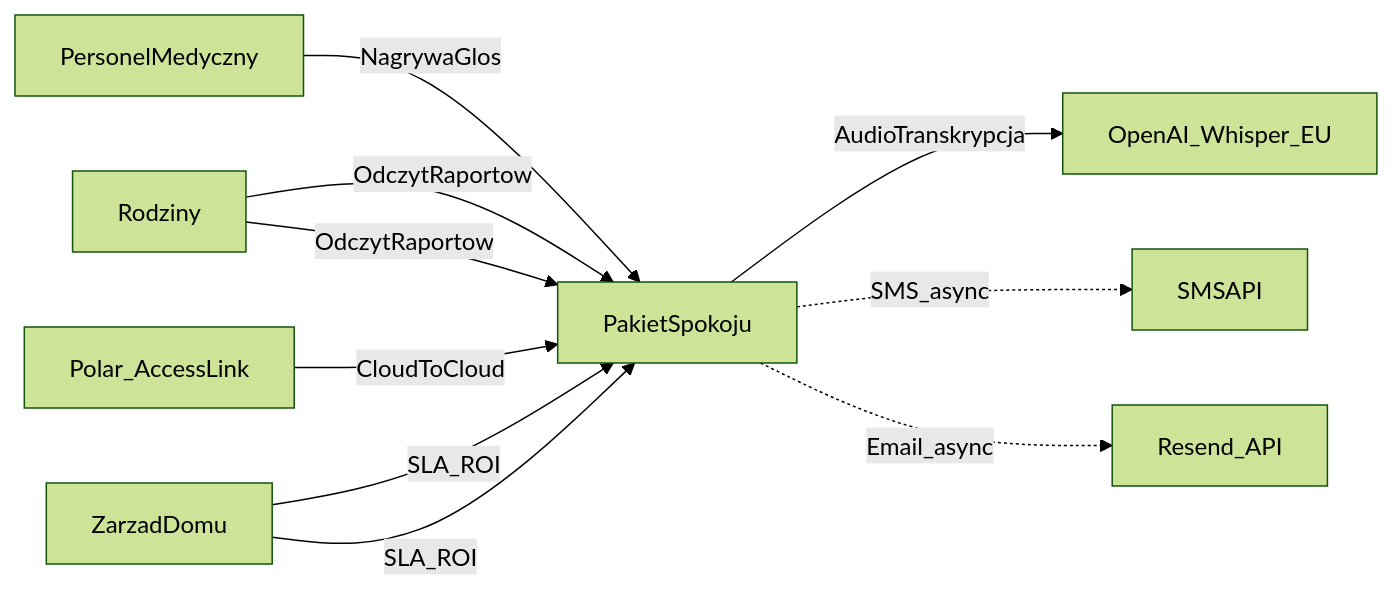
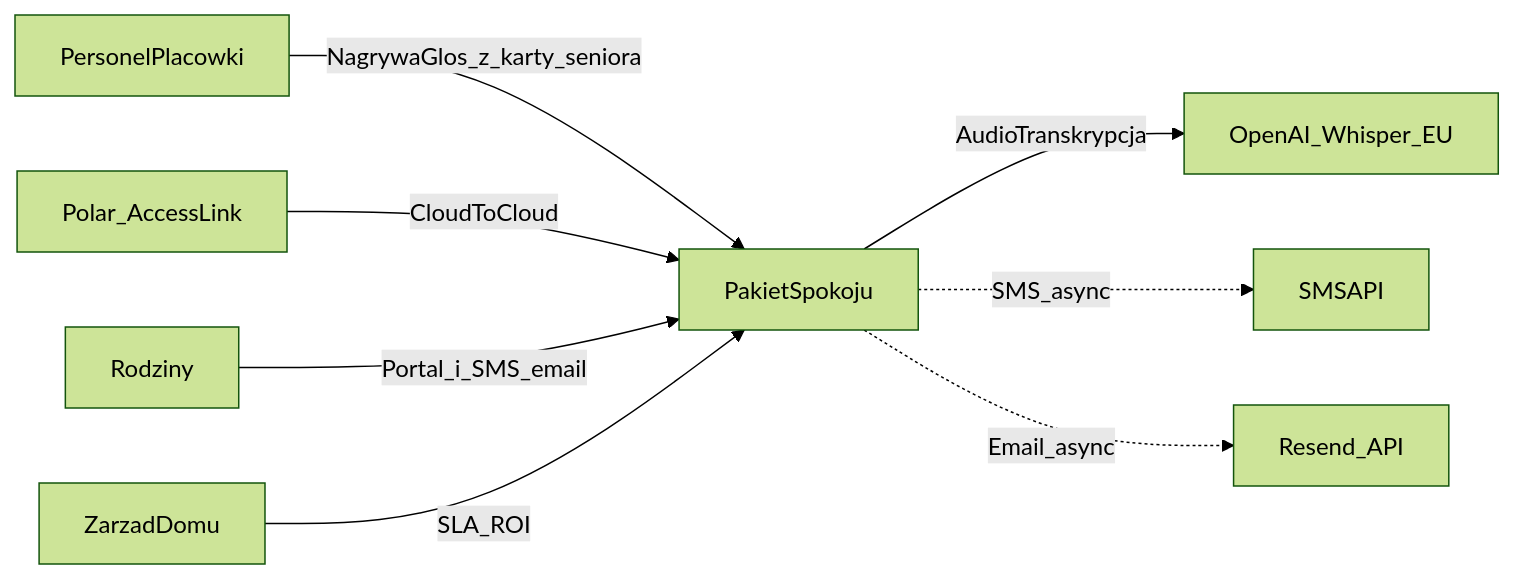
The first of 4 diagrams in docs/HLD.md (darkov89/smart-senior), drawn with Mermaid (forest theme) before and after one commit. The commit also changed other lines of this file and 23 other files, not shown here.

````diff
--- a/docs/HLD.md
+++ b/docs/HLD.md
@@ -55,12 +55,10 @@
 ```mermaid
 flowchart LR
-  Staff[PersonelMedyczny] -->|NagrywaGlos| Platform[PakietSpokoju]
-  Family[Rodziny] -->|OdczytRaportow| Platform
-  Mgmt[ZarzadDomu] -->|SLA_ROI| Platform
+  Staff[PersonelPlacowki] -->|NagrywaGlos_z_karty_seniora| Platform[PakietSpokoju]
   Polar[Polar_AccessLink] -->|CloudToCloud| Platform
-  Family[Rodziny] -->|OdczytRaportow| Platform
+  Family[Rodziny] -->|Portal_i_SMS_email| Platform
   Mgmt[ZarzadDomu] -->|SLA_ROI| Platform
   Platform -->|AudioTranskrypcja| Whisper[OpenAI_Whisper_EU]
   Platform -.->|SMS_async| SMS[SMSAPI]
   Platform -.->|Email_async| Resend[Resend_API]
 ```
````
